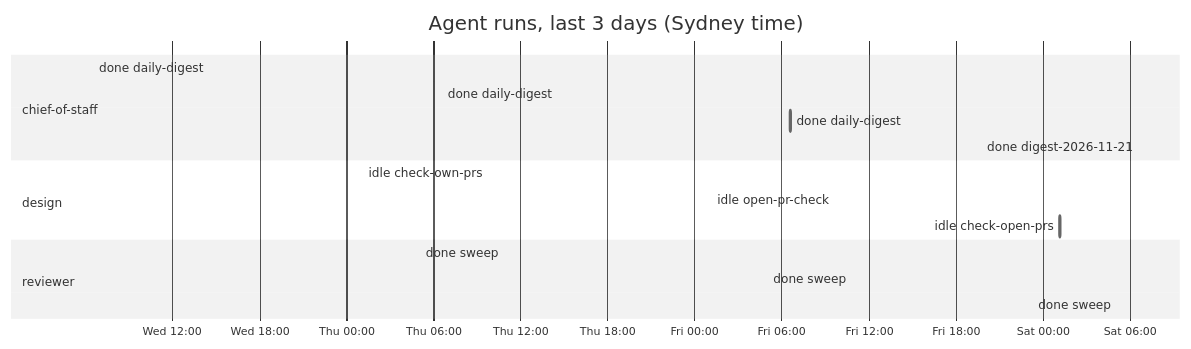
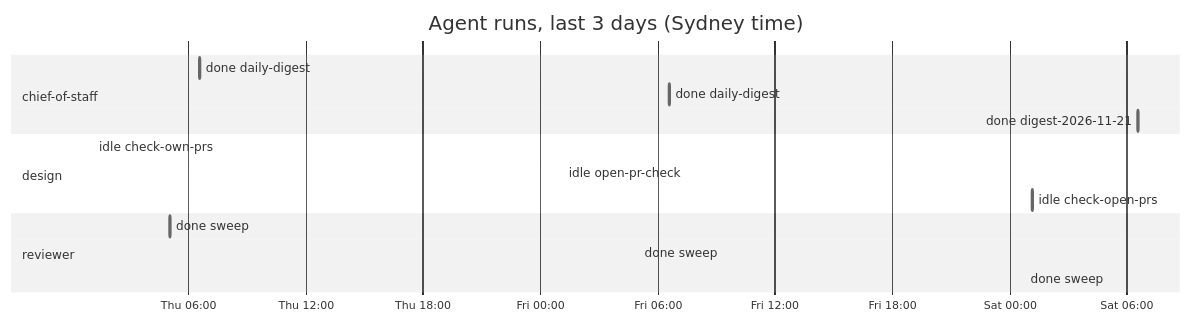
One commit to roulmediateam-byte/fifteen-expert-hq changed the diagram in dashboard.md. Above: the diagram before and after it, drawn with Mermaid (neutral theme). The commit also changed other lines of this file and 1 other file, not shown here.

````diff
--- a/dashboard.md
+++ b/dashboard.md
@@ -48,19 +48,18 @@
 ```mermaid
 gantt
     title Agent runs, last 3 days (Sydney time)
     dateFormat YYYY-MM-DD HH:mm
     axisFormat %a %H:%M
     section chief-of-staff
-    done daily-digest :done, 2026-11-18 06:35, 2026-11-18 06:36
     done daily-digest :done, 2026-11-19 06:35, 2026-11-19 06:36
     done daily-digest :done, 2026-11-20 06:35, 2026-11-20 06:37
     done digest-2026-11-21 :done, 2026-11-21 06:34, 2026-11-21 06:36
     section design
     idle check-own-prs :done, 2026-11-19 01:10, 2026-11-19 01:11
     idle open-pr-check :done, 2026-11-20 01:10, 2026-11-20 01:11
     idle check-open-prs :done, 2026-11-21 01:10, 2026-11-21 01:11
     section reviewer
     done sweep :done, 2026-11-19 05:04, 2026-11-19 05:05
     done sweep :done, 2026-11-20 05:05, 2026-11-20 05:05
     done sweep :done, 2026-11-21 05:05, 2026-11-21 05:06
 ```
````
